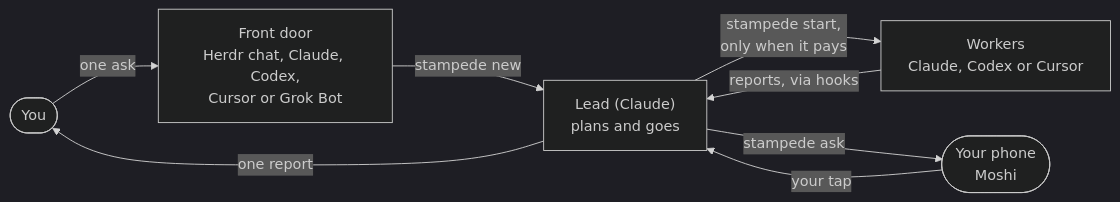
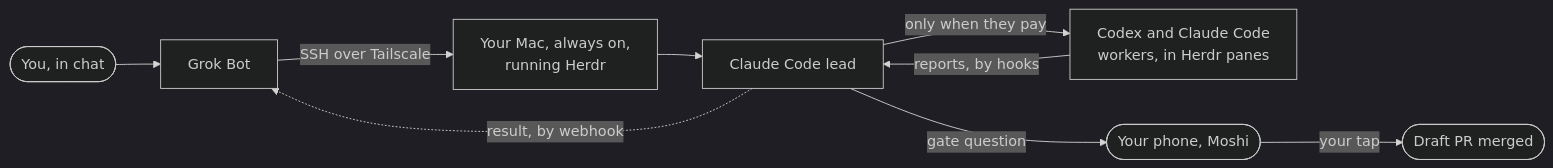
Before and after one commit to vib-z/stampede: the diagram in README.md, drawn with Mermaid (dark theme). The commit also changed other lines of this file and 17 other files, not shown here.

````diff
--- a/README.md
+++ b/README.md
@@ -124,10 +36,11 @@
 ```mermaid
 flowchart LR
-    you(["You"]) -- "one ask" --> door["Front door<br/>Herdr chat, Claude, Codex,<br/>Cursor or Grok Bot"]
-    door -- "stampede new" --> lead["Lead (Claude)<br/>plans and goes"]
-    lead -- "stampede start,<br/>only when it pays" --> workers["Workers<br/>Claude, Codex or Cursor"]
-    workers -- "reports, via hooks" --> lead
-    lead -- "stampede ask" --> phone(["Your phone<br/>Moshi"])
-    phone -- "your tap" --> lead
-    lead -- "one report" --> you
+    you(["You, in chat"]) --> bot["Grok Bot"]
+    bot -- "SSH over Tailscale" --> mac["Your Mac, always on,<br/>running Herdr"]
+    mac --> lead["Claude Code lead"]
+    lead -- "only when they pay" --> workers["Codex and Claude Code<br/>workers, in Herdr panes"]
+    workers -- "reports, by hooks" --> lead
+    lead -- "gate question" --> phone(["Your phone, Moshi"])
+    phone -- "your tap" --> merge(["Draft PR merged"])
+    lead -. "result, by webhook" .-> bot
 ```
````
